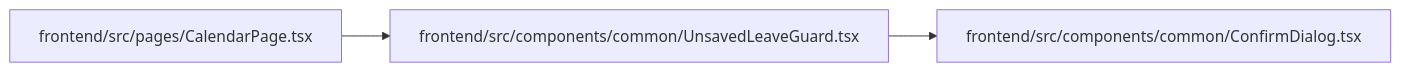
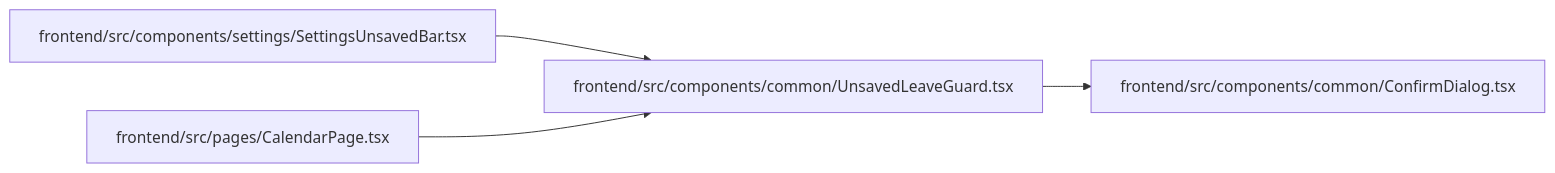
Before and after one commit to Denissvgn/WorkChord: the diagram in docs/llm_wiki/modules/UnsavedLeaveGuard.md, drawn with Mermaid. The commit also changed other lines of this file and 343 other files, not shown here.

Commit message:
docs(wiki): refresh for the Access page and settings search

````diff
--- a/docs/llm_wiki/modules/UnsavedLeaveGuard.md
+++ b/docs/llm_wiki/modules/UnsavedLeaveGuard.md
@@ -26,11 +26,14 @@
 ```mermaid
 flowchart LR
     n0["frontend/src/components/common/ConfirmDialog.tsx"]
     n1["frontend/src/components/common/UnsavedLeaveGuard.tsx"]
-    n2["frontend/src/pages/CalendarPage.tsx"]
+    n2["frontend/src/components/settings/SettingsUnsavedBar.tsx"]
+    n3["frontend/src/pages/CalendarPage.tsx"]
     n1 --> n0
     n2 --> n1
+    n3 --> n1
     click n0 "../modules/ConfirmDialog.md"
     click n1 "../modules/UnsavedLeaveGuard.md"
-    click n2 "../modules/CalendarPage.md"
+    click n2 "../modules/SettingsUnsavedBar.md"
+    click n3 "../modules/CalendarPage.md"
 ```
````
